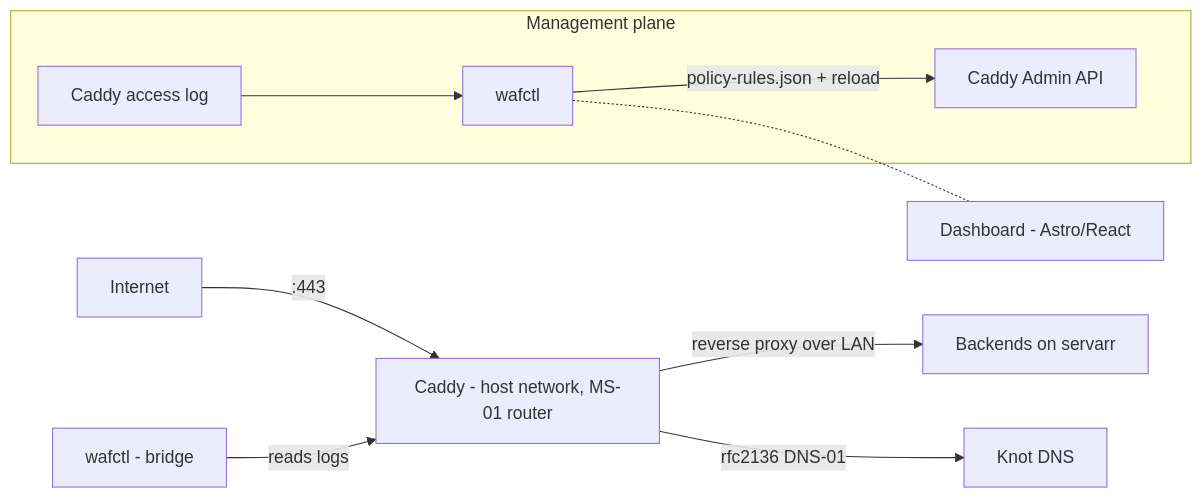
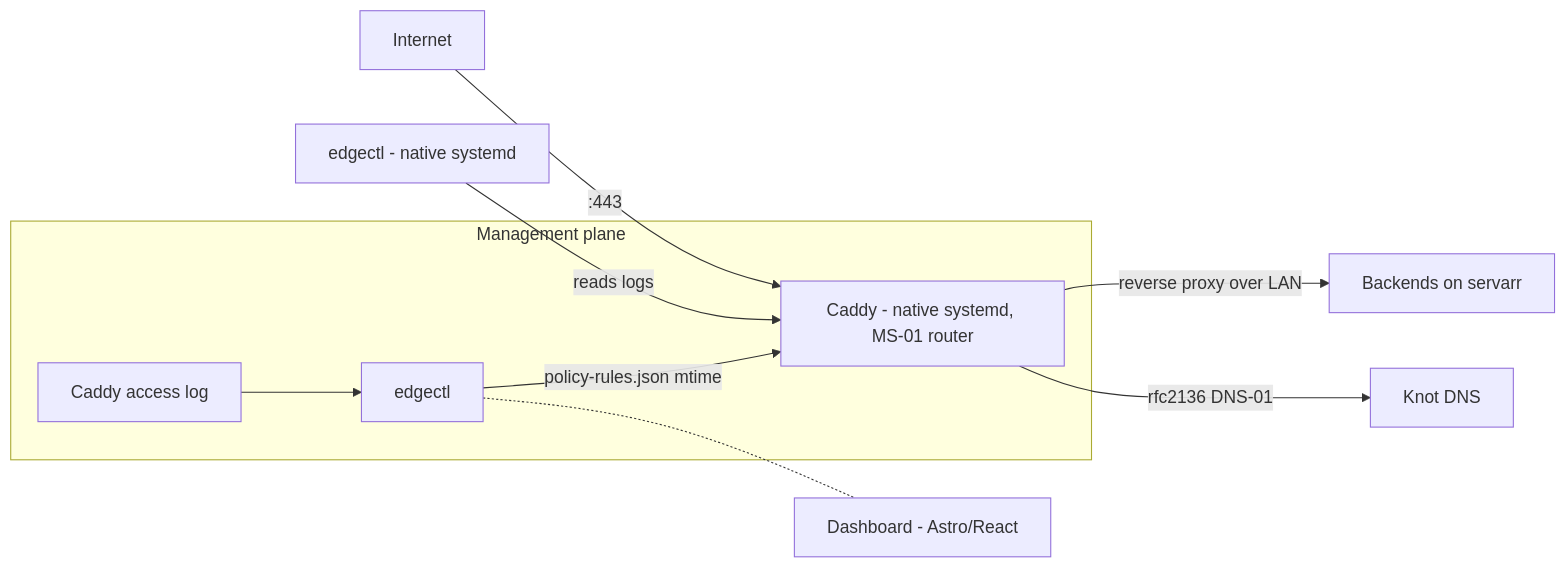
One commit to erfianugrah/caddy-compose changed the diagram in README.md. Above: the diagram before and after it, drawn with Mermaid. The commit also changed other lines of this file, not shown here.

First line of the commit message:
docs(README): reframe as source+build home; edge now runs native on the router

````diff
--- a/README.md
+++ b/README.md
@@ -9,14 +21,14 @@
 ```mermaid
 graph LR
-    Internet -->|:443| Caddy[Caddy - host network, MS-01 router]
-    wafctl[wafctl - bridge] -->|reads logs| Caddy
+    Internet -->|:443| Caddy[Caddy - native systemd, MS-01 router]
+    edgectl[edgectl - native systemd] -->|reads logs| Caddy
     Caddy -->|reverse proxy over LAN| Backends[Backends on servarr]
     Caddy -->|rfc2136 DNS-01| Knot[Knot DNS]
 
     subgraph Management plane
-        AccessLog[Caddy access log] --> wafctl2[wafctl]
-        wafctl2 -->|policy-rules.json + reload| CaddyAdmin[Caddy Admin API]
+        AccessLog[Caddy access log] --> edgectl2[edgectl]
+        edgectl2 -->|policy-rules.json mtime| Caddy
     end
 
-    wafctl2 -.- Dashboard[Dashboard - Astro/React]
+    edgectl2 -.- Dashboard[Dashboard - Astro/React]
 ```
````
